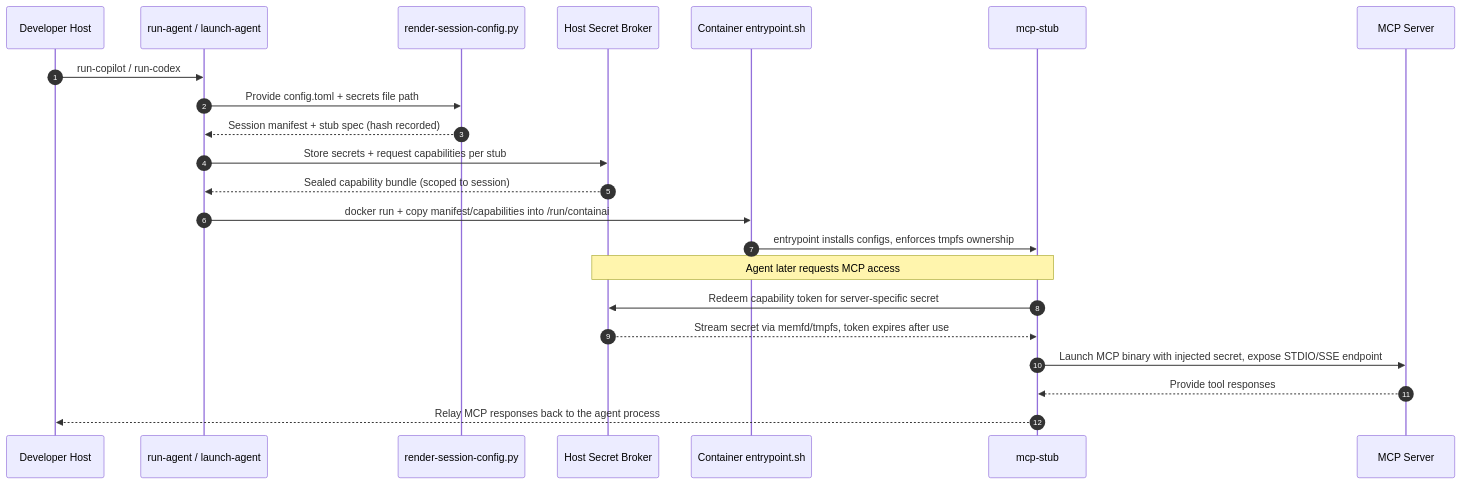
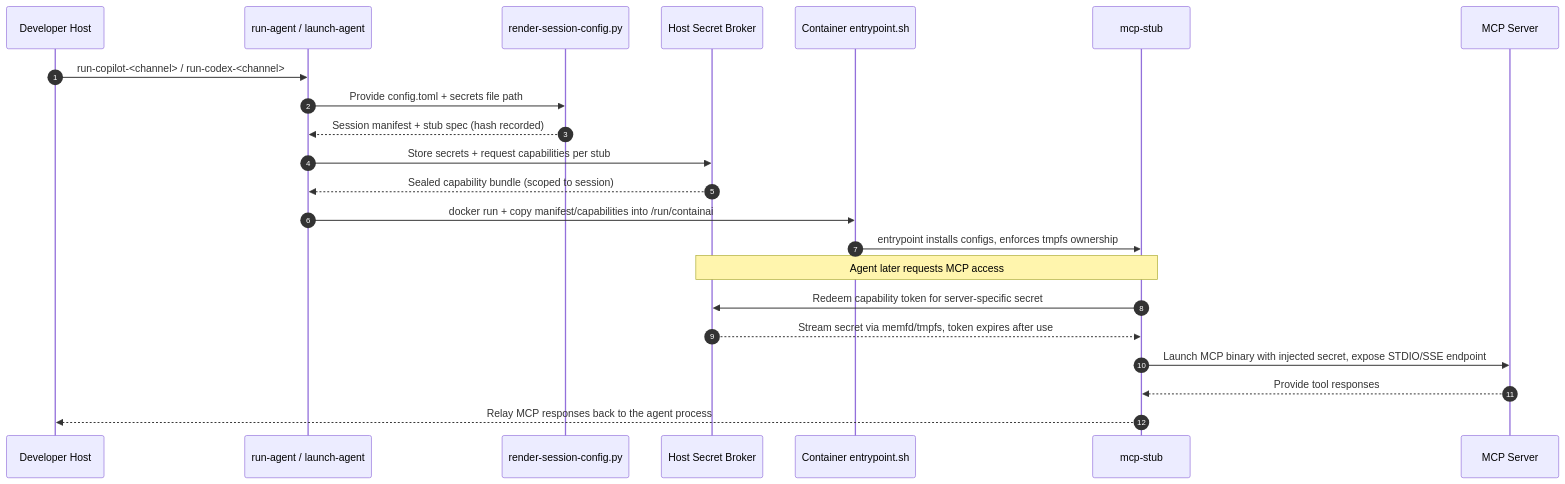
One commit to novotnyllc/ContainAI changed the diagram in docs/mcp-setup.md. Above: the diagram before and after it, drawn with Mermaid. The commit also changed other lines of this file and 38 other files, not shown here.

````diff
--- a/docs/mcp-setup.md
+++ b/docs/mcp-setup.md
@@ -83,25 +83,25 @@
 ```mermaid
 sequenceDiagram
    autonumber
    participant Dev as Developer Host
    participant Launch as run-agent / launch-agent
    participant Render as render-session-config.py
    participant Broker as Host Secret Broker
    participant Ctr as Container entrypoint.sh
    participant Stub as mcp-stub
    participant MCP as MCP Server
 
-   Dev->>Launch: run-copilot / run-codex
+   Dev->>Launch: run-copilot-<channel> / run-codex-<channel>
    Launch->>Render: Provide config.toml + secrets file path
    Render-->>Launch: Session manifest + stub spec (hash recorded)
    Launch->>Broker: Store secrets + request capabilities per stub
    Broker-->>Launch: Sealed capability bundle (scoped to session)
    Launch->>Ctr: docker run + copy manifest/capabilities into /run/containai
    Ctr->>Stub: entrypoint installs configs, enforces tmpfs ownership
    note over Stub,Broker: Agent later requests MCP access
    Stub->>Broker: Redeem capability token for server-specific secret
    Broker-->>Stub: Stream secret via memfd/tmpfs, token expires after use
    Stub->>MCP: Launch MCP binary with injected secret, expose STDIO/SSE endpoint
    MCP-->>Stub: Provide tool responses
    Stub-->>Dev: Relay MCP responses back to the agent process
 ```
````
